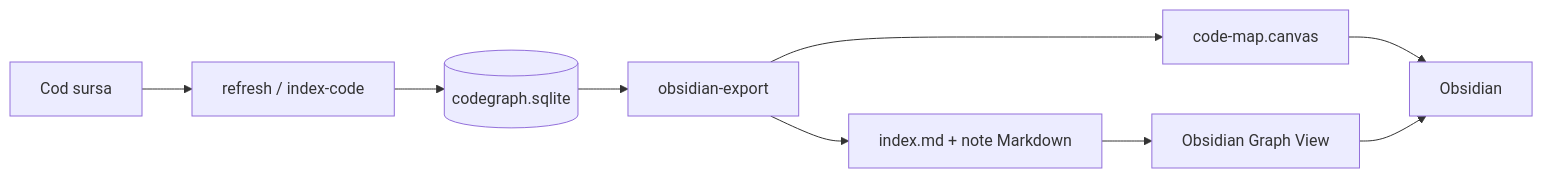
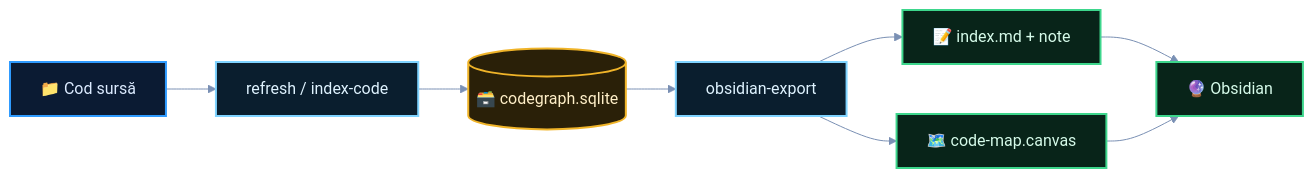
Before and after one commit to Infoapex/infoapex-ai: the fourth of 4 diagrams in README.md, drawn with Mermaid. The commit also changed other lines of this file, not shown here.

````diff
--- a/README.md
+++ b/README.md
@@ -156,11 +322,21 @@
 ```mermaid
+%%{init: {'theme':'base','themeVariables':{'fontFamily':'ui-sans-serif, system-ui, sans-serif','lineColor':'#7A90B4','primaryTextColor':'#7C93B5','edgeLabelBackground':'#152238','tertiaryTextColor':'#E8F2FF'}}}%%
 flowchart LR
-    CODE[Cod sursa] --> REFRESH[refresh / index-code]
-    REFRESH --> DB[(codegraph.sqlite)]
-    DB --> EXPORT[obsidian-export]
-    EXPORT --> MD[index.md + note Markdown]
-    EXPORT --> CANVAS[code-map.canvas]
-    MD --> GRAPH[Obsidian Graph View]
-    CANVAS --> OBS[Obsidian]
-    GRAPH --> OBS
+    CODE["📁 Cod sursă"] --> REFRESH["refresh / index-code"]
+    REFRESH --> DB[("🗃️ codegraph.sqlite")]
+    DB --> EXPORT["obsidian-export"]
+    EXPORT --> MD["📝 index.md + note"]
+    EXPORT --> CANVAS["🗺️ code-map.canvas"]
+    MD --> OBS["🔮 Obsidian"]
+    CANVAS --> OBS
+
+    classDef src fill:#0B1B33,stroke:#2F9BFF,stroke-width:2px,color:#DCEBFF
+    classDef proc fill:#0A1E2E,stroke:#7FD3FF,stroke-width:2px,color:#DFF3FF
+    classDef store fill:#2A2008,stroke:#F0B429,stroke-width:2px,color:#FFEFC8
+    classDef out fill:#082419,stroke:#3DD68C,stroke-width:2px,color:#D6FBEA
+
+    class CODE src
+    class REFRESH,EXPORT proc
+    class DB store
+    class MD,CANVAS,OBS out
 ```
````
